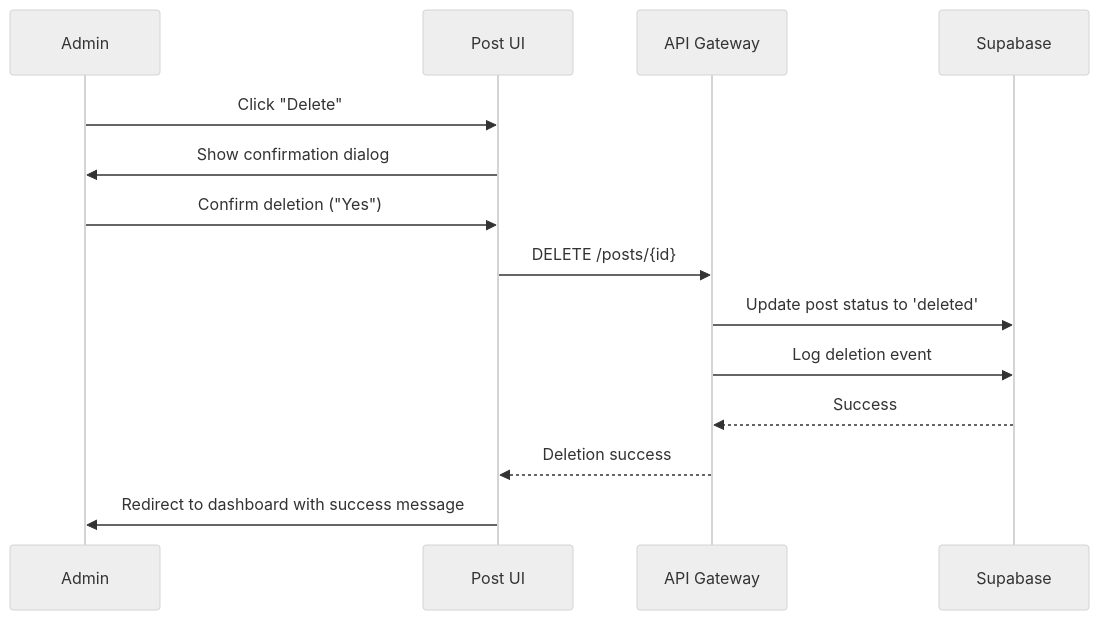
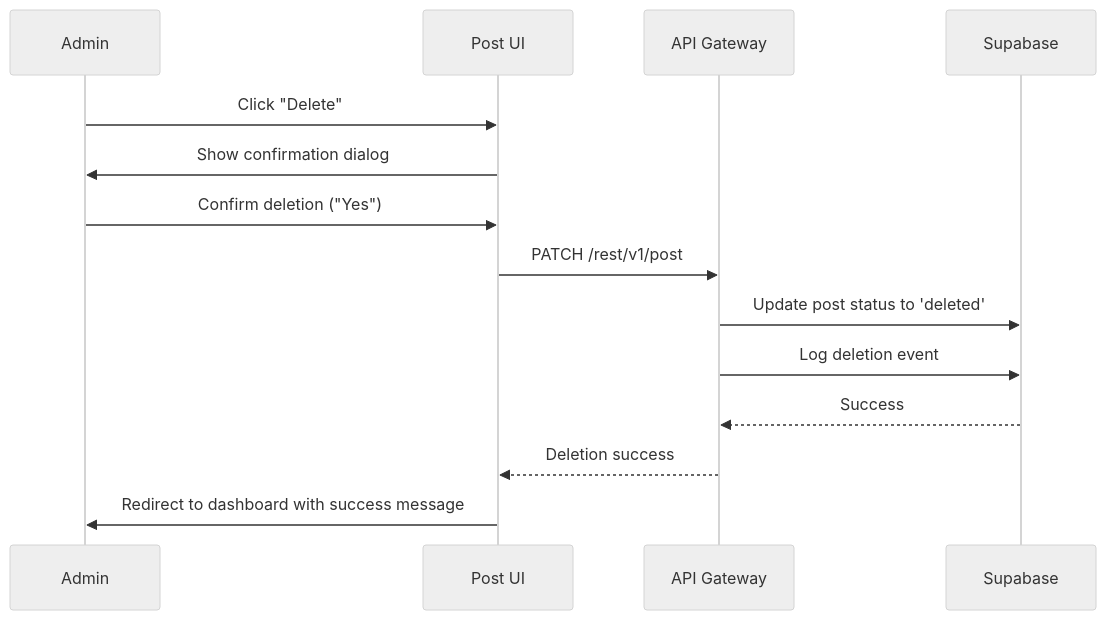
One commit to jkjan/nowhereland changed the sixth of 6 diagrams in prd/02-content-management.md. Above: the diagram before and after it, drawn with Mermaid (neutral theme). The commit also changed other lines of this file and 18 other files, not shown here.

````diff
--- a/prd/02-content-management.md
+++ b/prd/02-content-management.md
@@ -447,19 +449,19 @@
 ```mermaid
 sequenceDiagram
     participant A as Admin
     participant UI as Post UI
     participant API as API Gateway
     participant SUPA as Supabase
     
     A->>UI: Click "Delete"
     UI->>A: Show confirmation dialog
     A->>UI: Confirm deletion ("Yes")
-    UI->>API: DELETE /posts/{id}
+    UI->>API: PATCH /rest/v1/post
     
     API->>SUPA: Update post status to 'deleted'
     API->>SUPA: Log deletion event
     SUPA-->>API: Success
     
     API-->>UI: Deletion success
     UI->>A: Redirect to dashboard with success message
 ```
````
